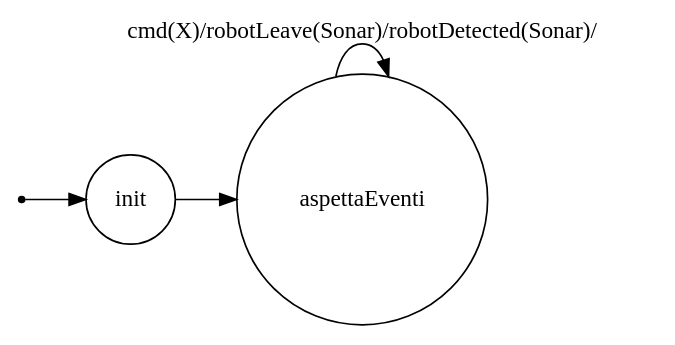
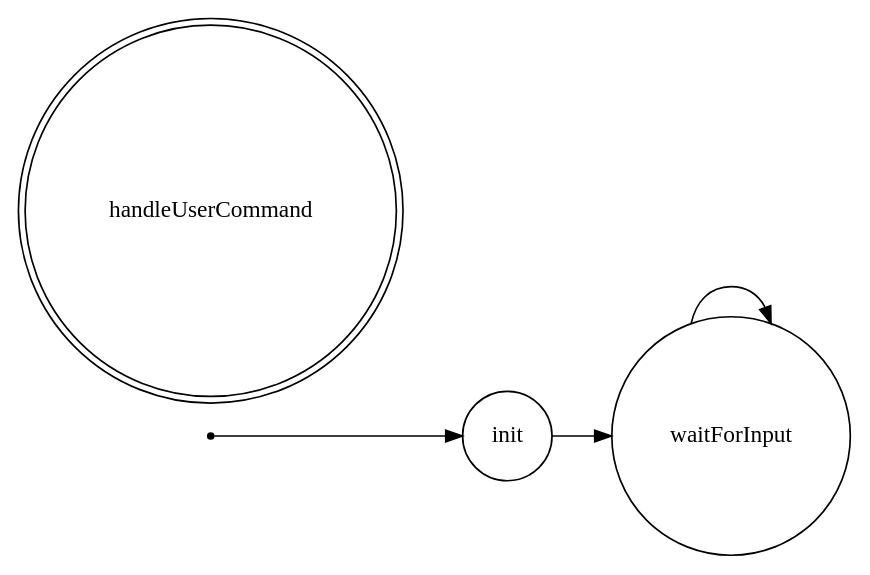
One commit to sabbio93/QRobotEvitaMuri changed the diagram in Model1/srcMore/it/unibo/robotmind/dotFsm.gv. Above: the diagram before and after it, drawn with Graphviz. The commit also changed 97 other files, not shown here.

```diff
--- a/Model1/srcMore/it/unibo/robotmind/dotFsm.gv
+++ b/Model1/srcMore/it/unibo/robotmind/dotFsm.gv
@@ -1,22 +1,22 @@
 /*
 *
 * A GraphViz DOT FSM description 
 * Please use a GraphViz visualizer (like http://www.webgraphviz.com)
 * 
 * Generated by AM,NC,RM
 *  
 */
  
 digraph finite_state_machine {
   	rankdir=LR;
   	size="8,5"
   	node [shape = point]; iniziale;
-  	node [shape = doublecircle]; 
+  	node [shape = doublecircle]; handleUserCommand; 
   	node [shape = circle];
   	iniziale -> init [label = ""];
   	
   	
-  	init -> aspettaEventi [ label = ""];
+  	init -> waitForInput [ label = ""];
   	
-  	aspettaEventi -> aspettaEventi [ label = "cmd(X)/robotLeave(Sonar)/robotDetected(Sonar)/"];
+  	waitForInput -> waitForInput [ label = ""];
 }
```
